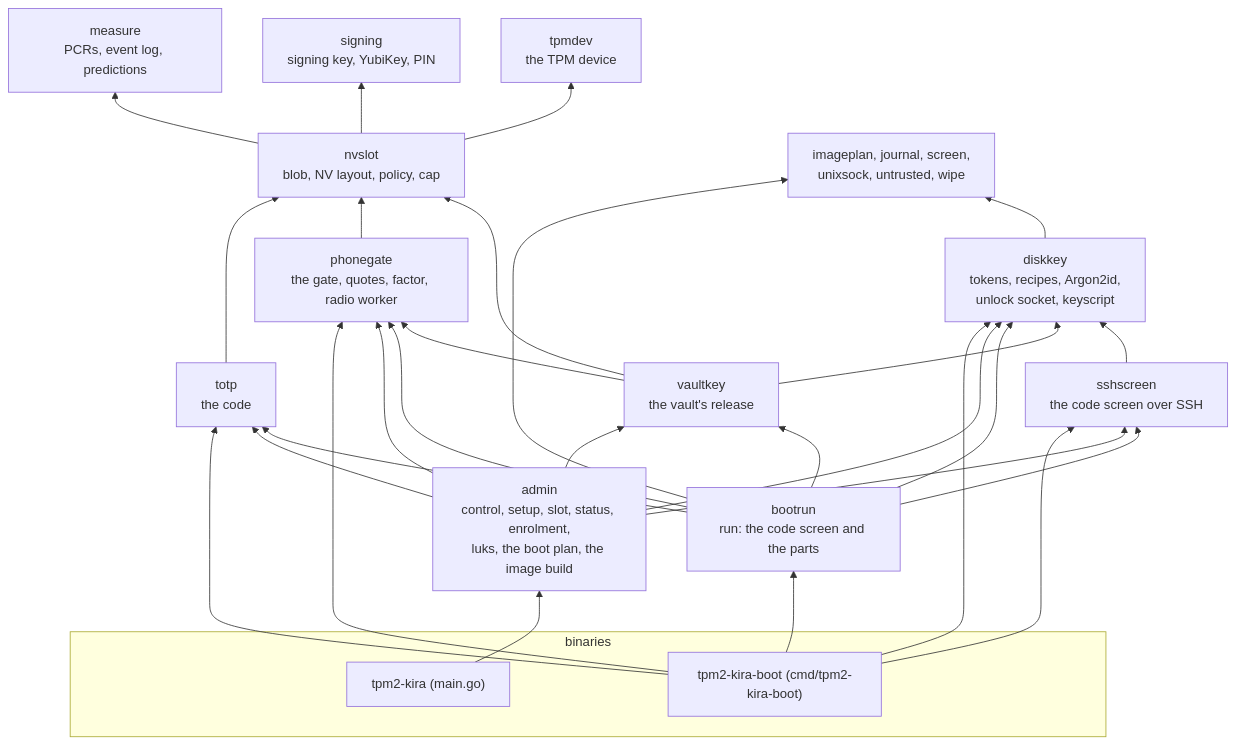
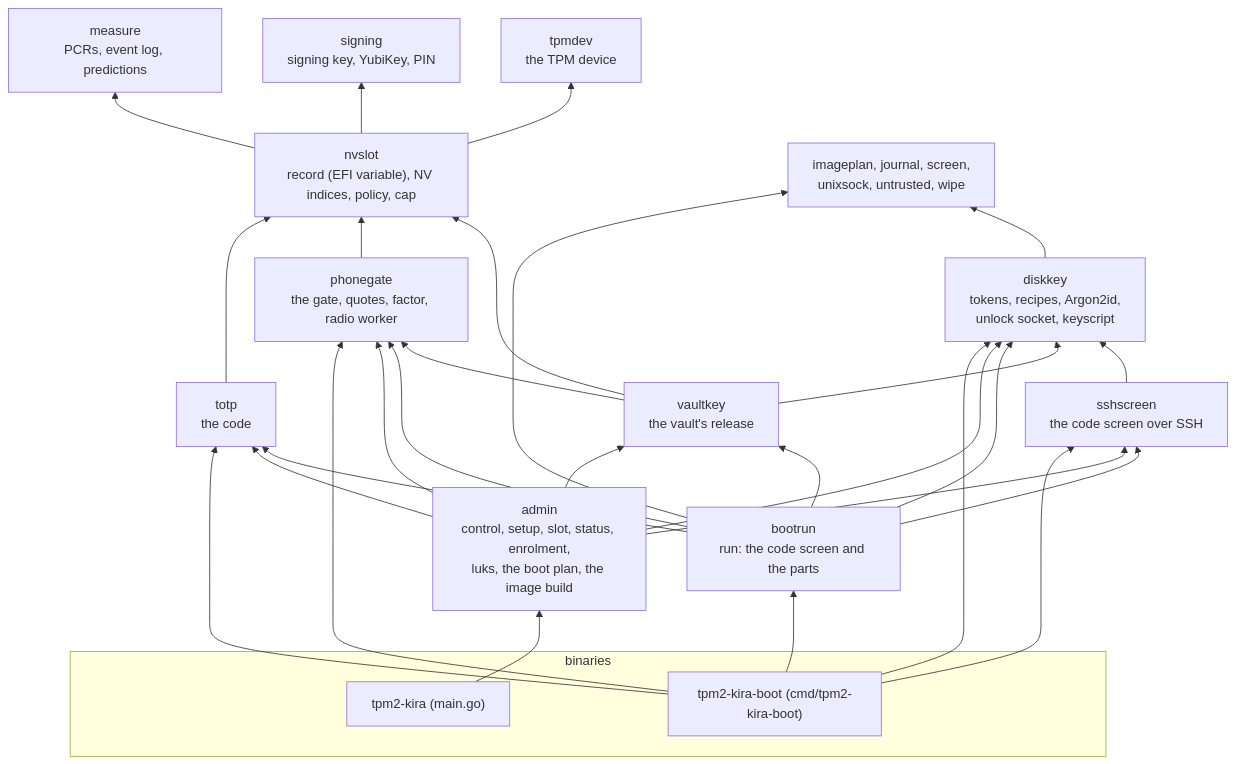
Before and after one commit to mrwiora/tpm2-kira: the third of 4 diagrams in docs/ARCHITECTURE.md, drawn with Mermaid. The commit also changed other lines of this file and 11 other files, not shown here.

````diff
--- a/docs/ARCHITECTURE.md
+++ b/docs/ARCHITECTURE.md
@@ -78,29 +78,29 @@
 ```mermaid
 flowchart BT
   subgraph BIN["binaries"]
     KIRA["tpm2-kira (main.go)"]
     KBOOT["tpm2-kira-boot (cmd/tpm2-kira-boot)"]
   end
   ADMIN2["admin<br/>control, setup, slot, status, enrolment,<br/>luks, the boot plan, the image build"]
   BOOTRUN["bootrun<br/>run: the code screen and the parts"]
   TOTP["totp<br/>the code"]
   PHONEGATE["phonegate<br/>the gate, quotes, factor, radio worker"]
   DISKKEY["diskkey<br/>tokens, recipes, Argon2id,<br/>unlock socket, keyscript"]
   VAULTKEY["vaultkey<br/>the vault's release"]
   SSHSCREEN["sshscreen<br/>the code screen over SSH"]
-  NVSLOT["nvslot<br/>blob, NV layout, policy, cap"]
+  NVSLOT["nvslot<br/>record (EFI variable), NV indices, policy, cap"]
   MEASURE["measure<br/>PCRs, event log, predictions"]
   SIGNING["signing<br/>signing key, YubiKey, PIN"]
   TPMDEV["tpmdev<br/>the TPM device"]
   LEAVES["imageplan, journal, screen,<br/>unixsock, untrusted, wipe"]
   KIRA --> ADMIN2
   KBOOT --> BOOTRUN & PHONEGATE & DISKKEY & SSHSCREEN & TOTP
   ADMIN2 --> TOTP & PHONEGATE & DISKKEY & VAULTKEY & SSHSCREEN
   BOOTRUN --> TOTP & PHONEGATE & DISKKEY & VAULTKEY & SSHSCREEN
   VAULTKEY --> PHONEGATE & DISKKEY
   SSHSCREEN --> DISKKEY
   TOTP & PHONEGATE --> NVSLOT
   VAULTKEY --> NVSLOT
   NVSLOT --> MEASURE & SIGNING & TPMDEV
   BOOTRUN & DISKKEY --> LEAVES
 ```
````
